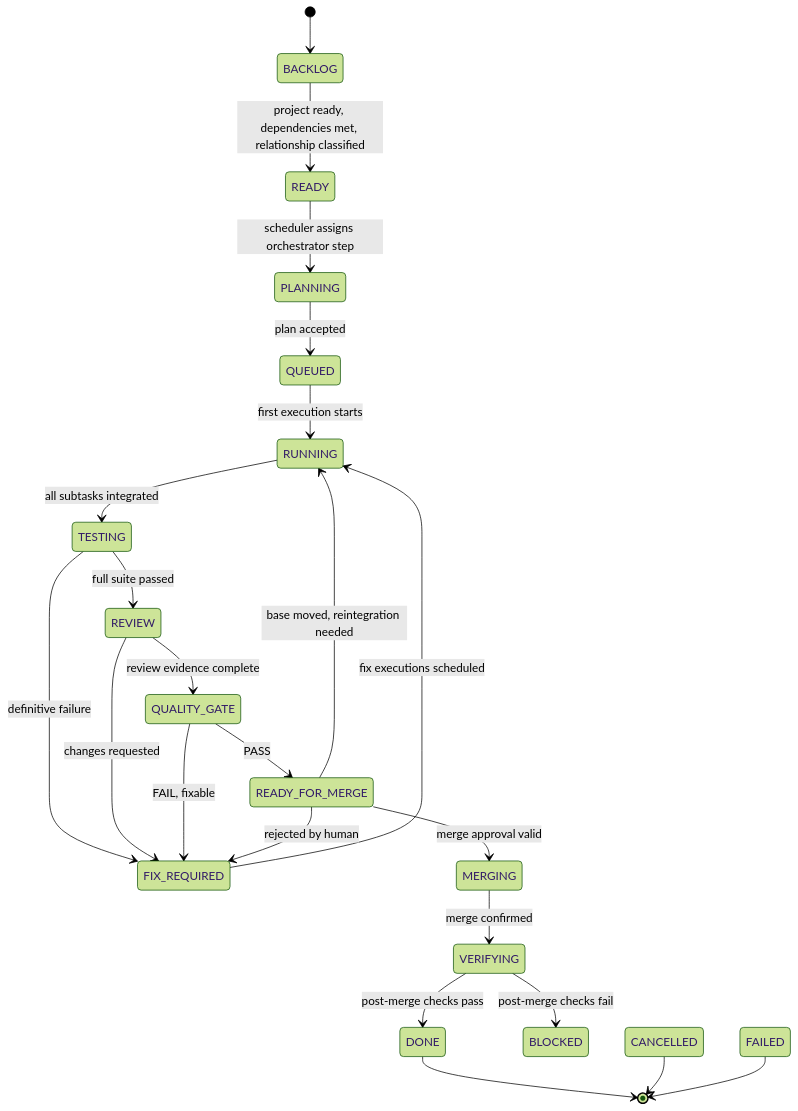
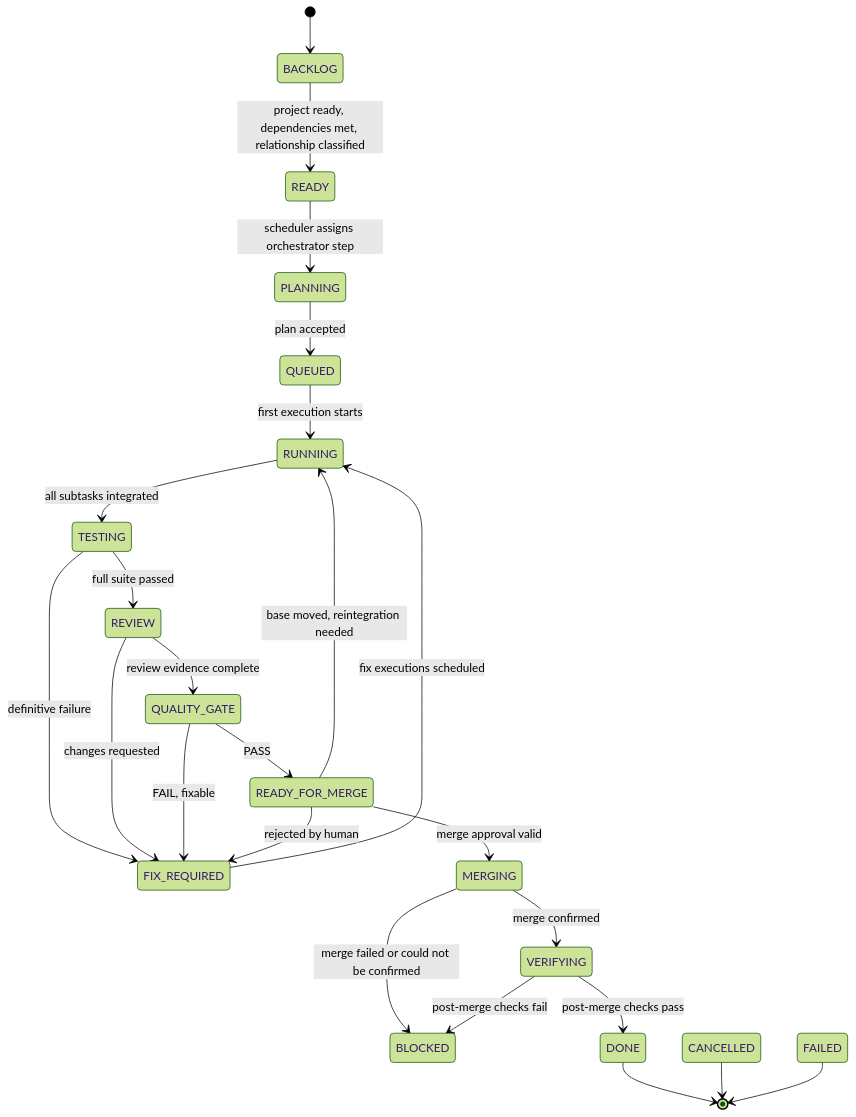
The second of 2 diagrams in DATA_MODEL.md (geparedesm/hermes-orchestrator), drawn with Mermaid (forest theme) before and after one commit. The commit also changed other lines of this file and 77 other files, not shown here.

````diff
--- a/DATA_MODEL.md
+++ b/DATA_MODEL.md
@@ -206,25 +208,26 @@
 ```mermaid
 stateDiagram-v2
     [*] --> BACKLOG
     BACKLOG --> READY: project ready, dependencies met, relationship classified
     READY --> PLANNING: scheduler assigns orchestrator step
     PLANNING --> QUEUED: plan accepted
     QUEUED --> RUNNING: first execution starts
     RUNNING --> TESTING: all subtasks integrated
     TESTING --> REVIEW: full suite passed
     TESTING --> FIX_REQUIRED: definitive failure
     REVIEW --> QUALITY_GATE: review evidence complete
     REVIEW --> FIX_REQUIRED: changes requested
     FIX_REQUIRED --> RUNNING: fix executions scheduled
     QUALITY_GATE --> READY_FOR_MERGE: PASS
     QUALITY_GATE --> FIX_REQUIRED: FAIL, fixable
     READY_FOR_MERGE --> MERGING: merge approval valid
     READY_FOR_MERGE --> FIX_REQUIRED: rejected by human
     READY_FOR_MERGE --> RUNNING: base moved, reintegration needed
     MERGING --> VERIFYING: merge confirmed
+    MERGING --> BLOCKED: merge failed or could not be confirmed
     VERIFYING --> DONE: post-merge checks pass
     VERIFYING --> BLOCKED: post-merge checks fail
     DONE --> [*]
     CANCELLED --> [*]
     FAILED --> [*]
 ```
````
